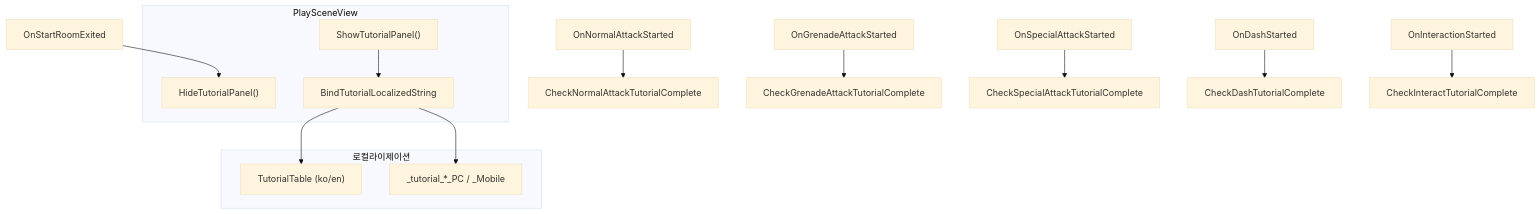
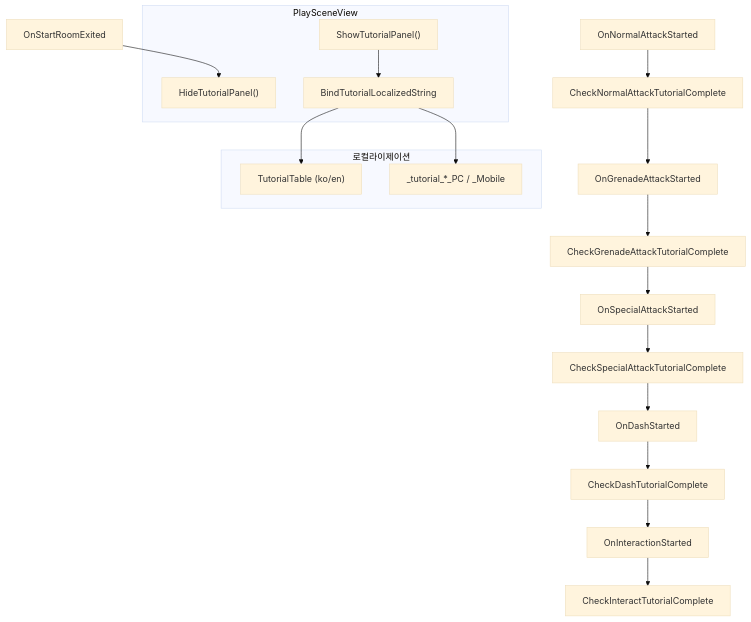
One commit to TeamNemesis/ProjectNemesis changed the fifth of 5 diagrams in README.md. Above: the diagram before and after it, drawn with Mermaid (base theme).

````diff
--- a/README.md
+++ b/README.md
@@ -239,25 +239,29 @@
 ```mermaid
 flowchart TB
     subgraph PlaySceneView["PlaySceneView"]
         ShowPanel["ShowTutorialPanel()"]
         HidePanel["HideTutorialPanel()"]
         BindTutorial["BindTutorialLocalizedString"]
     end
 
     subgraph Localization["로컬라이제이션"]
         TutorialTable["TutorialTable (ko/en)"]
         Keys["_tutorial_*_PC / _Mobile"]
     end
 
     OnNA["OnNormalAttackStarted"] --> CheckNA["CheckNormalAttackTutorialComplete"]
-    OnGrenade["OnGrenadeAttackStarted"] --> CheckGrenade["CheckGrenadeAttackTutorialComplete"]
-    OnSA["OnSpecialAttackStarted"] --> CheckSA["CheckSpecialAttackTutorialComplete"]
-    OnDash["OnDashStarted"] --> CheckDash["CheckDashTutorialComplete"]
-    OnInteract["OnInteractionStarted"] --> CheckInteract["CheckInteractTutorialComplete"]
+    CheckNA --> OnGrenade["OnGrenadeAttackStarted"]
+    OnGrenade --> CheckGrenade["CheckGrenadeAttackTutorialComplete"]
+    CheckGrenade --> OnSA["OnSpecialAttackStarted"]
+    OnSA --> CheckSA["CheckSpecialAttackTutorialComplete"]
+    CheckSA --> OnDash["OnDashStarted"]
+    OnDash --> CheckDash["CheckDashTutorialComplete"]
+    CheckDash --> OnInteract["OnInteractionStarted"]
+    OnInteract --> CheckInteract["CheckInteractTutorialComplete"]
 
     OnStartExit["OnStartRoomExited"] --> HidePanel
 
     ShowPanel --> BindTutorial
     BindTutorial --> TutorialTable
     BindTutorial --> Keys
 ```
````
